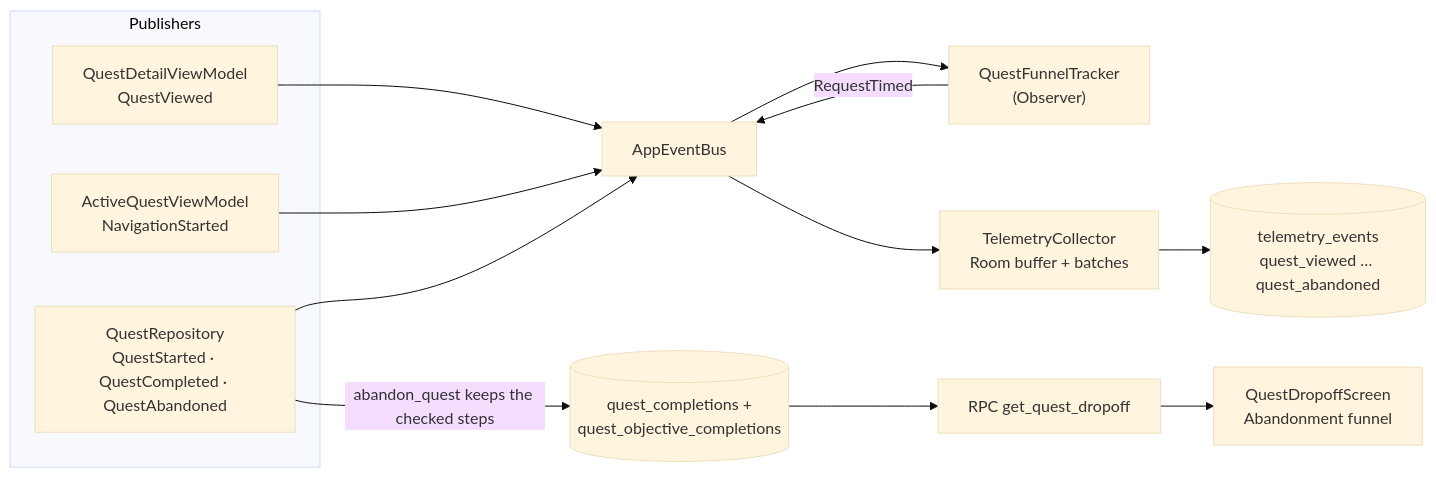
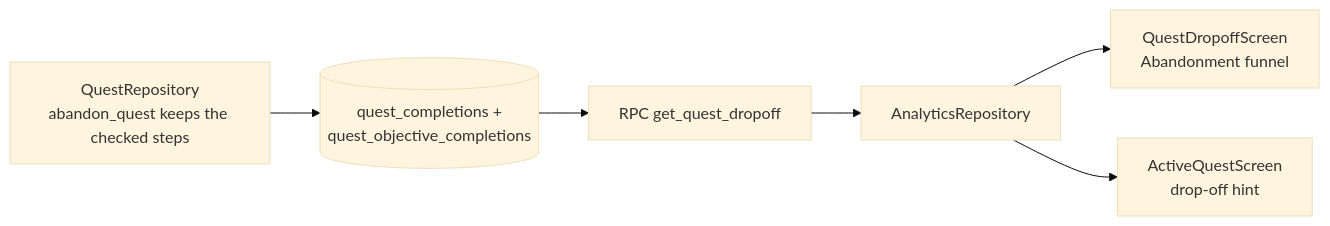
Before and after one commit to jdgutierrezr/wandr-android: the seventh of 7 diagrams in docs/ARCHITECTURE.md, drawn with Mermaid (base theme). The commit also changed other lines of this file and 3 other files, not shown here.

````diff
--- a/docs/ARCHITECTURE.md
+++ b/docs/ARCHITECTURE.md
@@ -503,18 +446,13 @@
 ```mermaid
 flowchart LR
-    subgraph PUB["Publishers"]
-        QD["QuestDetailViewModel<br/>QuestViewed"]
-        AQ["ActiveQuestViewModel<br/>NavigationStarted"]
-        QR["QuestRepository<br/>QuestStarted · QuestCompleted · QuestAbandoned"]
-    end
-    Bus["AppEventBus"]
-    Tracker["QuestFunnelTracker<br/>(Observer)"]
-    Col["TelemetryCollector<br/>Room buffer + batches"]
-    Tel[("telemetry_events<br/>quest_viewed … quest_abandoned")]
+    QR["QuestRepository<br/>abandon_quest keeps the checked steps"]
     QC[("quest_completions +<br/>quest_objective_completions")]
     RPC["RPC get_quest_dropoff"]
+    AR["AnalyticsRepository"]
     Screen["QuestDropoffScreen<br/>Abandonment funnel"]
+    Hint["ActiveQuestScreen<br/>drop-off hint"]
 
-    QD & AQ & QR --> Bus --> Tracker -->|"RequestTimed"| Bus --> Col --> Tel
-    QR -->|"abandon_quest keeps the checked steps"| QC --> RPC --> Screen
+    QR --> QC --> RPC --> AR
+    AR --> Screen
+    AR --> Hint
 ```
````
